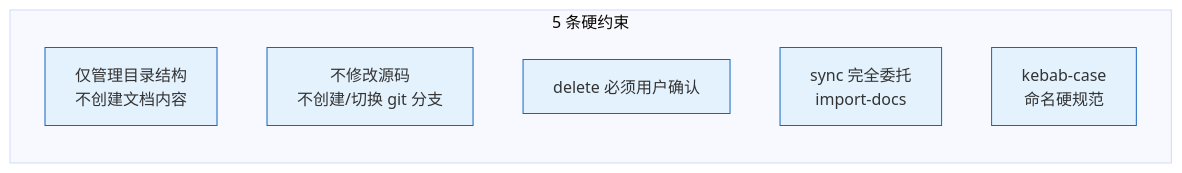
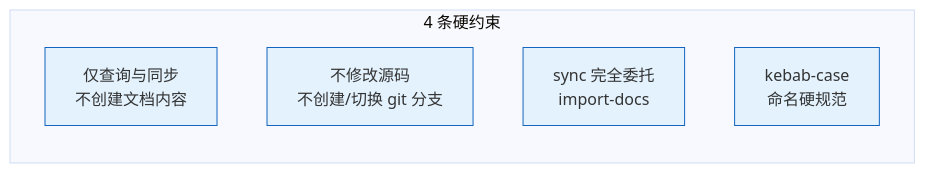
Before and after one commit to effiy/YrY: the eighth of 10 diagrams in skills/rui-story/SKILL.md, drawn with Mermaid (base theme). The commit also changed other lines of this file and 10 other files, not shown here.

````diff
--- a/skills/rui-story/SKILL.md
+++ b/skills/rui-story/SKILL.md
@@ -260,12 +204,11 @@
 ```mermaid
 flowchart LR
-    subgraph 规则["5 条硬约束"]
-        R1["仅管理目录结构<br/>不创建文档内容"]:::rule
+    subgraph 规则["4 条硬约束"]
+        R1["仅查询与同步<br/>不创建文档内容"]:::rule
         R2["不修改源码<br/>不创建/切换 git 分支"]:::rule
-        R3["delete 必须用户确认"]:::rule
-        R4["sync 完全委托<br/>import-docs"]:::rule
-        R5["kebab-case<br/>命名硬规范"]:::rule
+        R3["sync 完全委托<br/>import-docs"]:::rule
+        R4["kebab-case<br/>命名硬规范"]:::rule
     end
 
     classDef rule fill:#e3f2fd,stroke:#1565c0;
 ```
````
